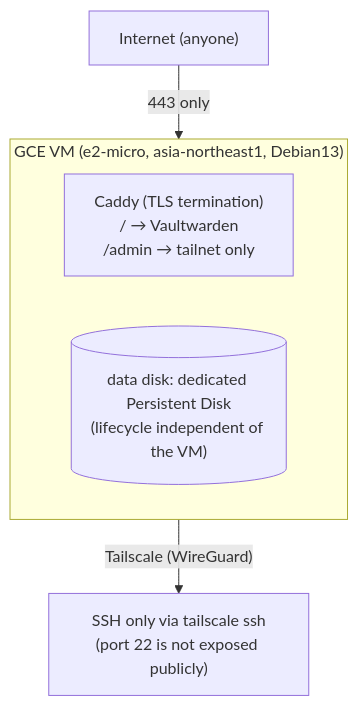
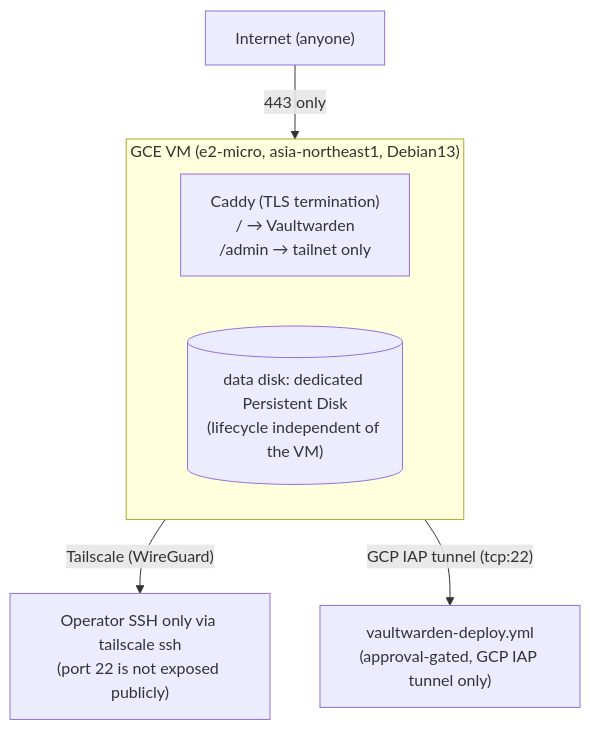
One commit to kuchida1981/vaultwarden-ops changed the diagram in README.md. Above: the diagram before and after it, drawn with Mermaid. The commit also changed other lines of this file and 6 other files, not shown here.

First line of the commit message:
Implement approval-gated vaultwarden deploy pipeline

````diff
--- a/README.md
+++ b/README.md
@@ -15,12 +17,14 @@
 ```mermaid
 flowchart TB
     internet["Internet (anyone)"]
     subgraph vm["GCE VM (e2-micro, asia-northeast1, Debian13)"]
         caddy["Caddy (TLS termination)<br/>/ → Vaultwarden<br/>/admin → tailnet only"]
         disk[("data disk: dedicated Persistent Disk<br/>(lifecycle independent of the VM)")]
     end
-    admin["SSH only via tailscale ssh<br/>(port 22 is not exposed publicly)"]
+    admin["Operator SSH only via tailscale ssh<br/>(port 22 is not exposed publicly)"]
+    ci["vaultwarden-deploy.yml<br/>(approval-gated, GCP IAP tunnel only)"]
 
     internet -->|"443 only"| vm
     vm -->|"Tailscale (WireGuard)"| admin
+    vm -->|"GCP IAP tunnel (tcp:22)"| ci
 ```
````
